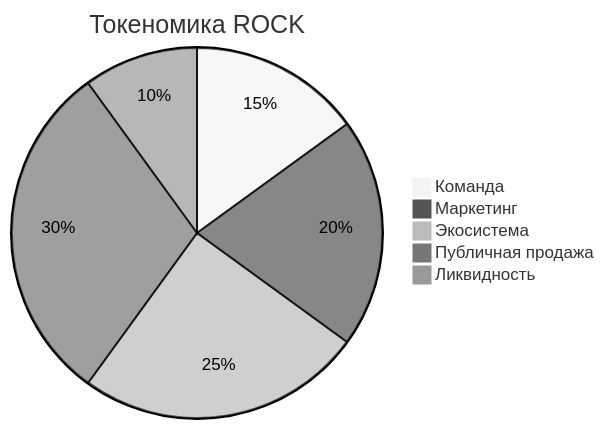
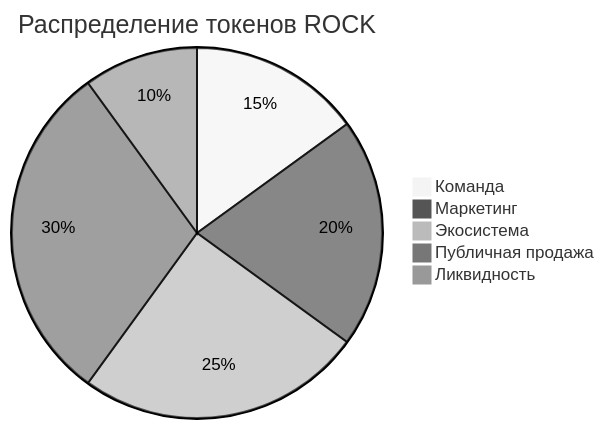
Before and after one commit to SHARP132/ROCK__COIN: the third of 3 diagrams in README.md, drawn with Mermaid (neutral theme). The commit also changed other lines of this file, not shown here.

````diff
--- a/README.md
+++ b/README.md
@@ -31,9 +40,9 @@
 ```mermaid
 pie
-    title Токеномика ROCK
+    title Распределение токенов ROCK
     "Команда" : 15
     "Маркетинг" : 20
     "Экосистема" : 25
     "Публичная продажа" : 30
     "Ликвидность" : 10
 ```
````
